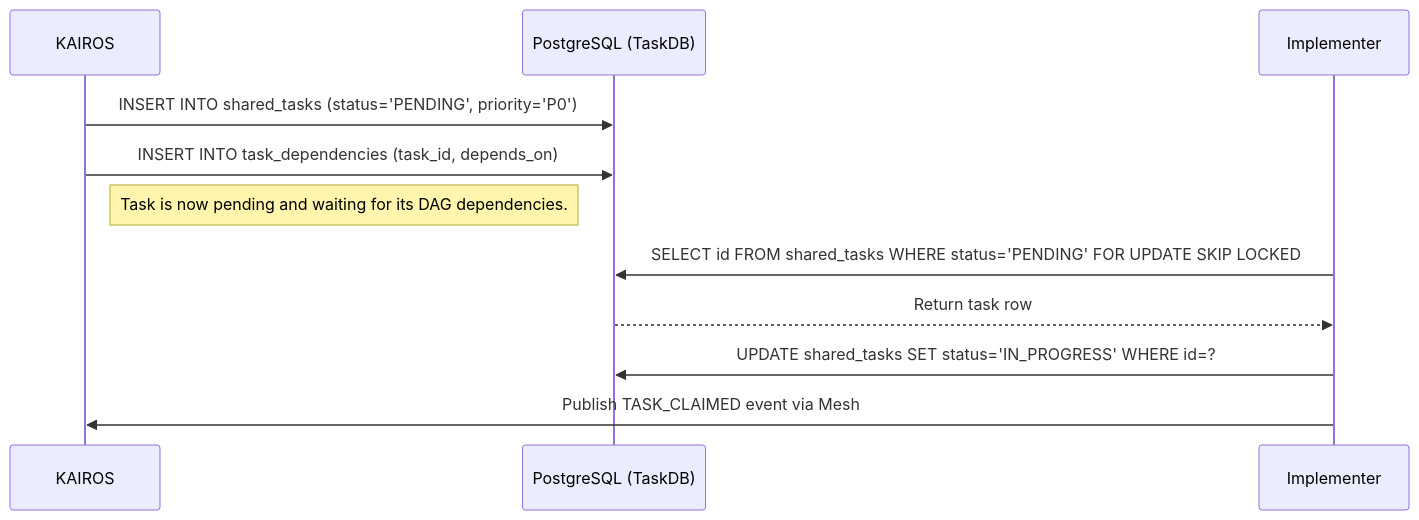
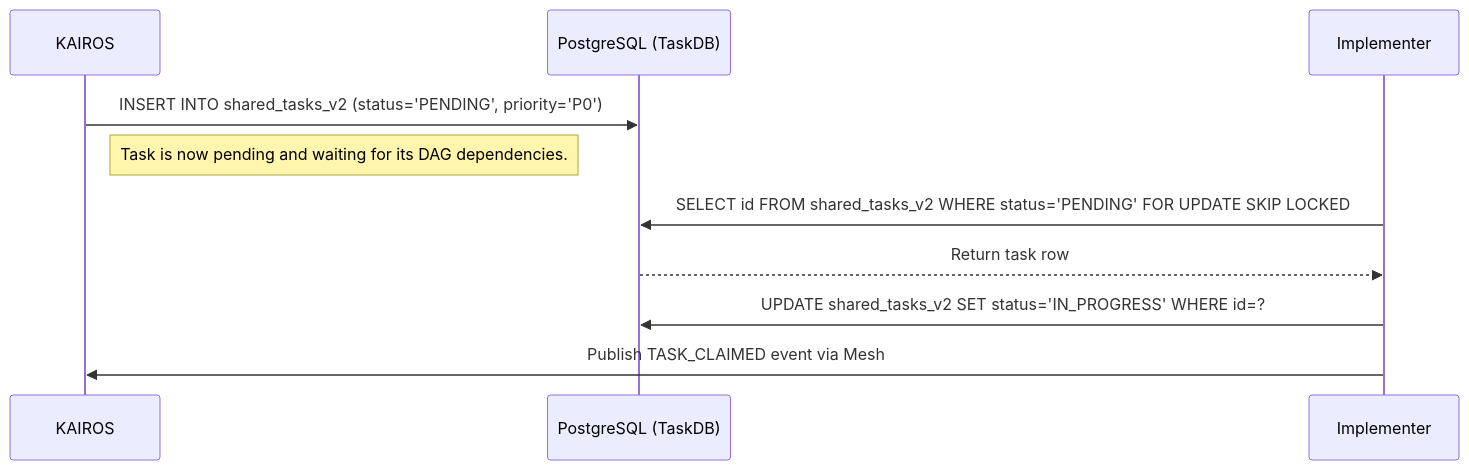
The first of 2 diagrams in docs/KAIROS_AI_OS_ARCHITECTURE.md (omnisolo-llc/onehumancorp), drawn with Mermaid before and after one commit. The commit also changed other lines of this file and 7 other files, not shown here.

First line of the commit message:
feat: Implement KAIROS Hybrid Agentic OS Orchestration Architecture

````diff
--- a/docs/KAIROS_AI_OS_ARCHITECTURE.md
+++ b/docs/KAIROS_AI_OS_ARCHITECTURE.md
@@ -16,14 +16,13 @@
 ```mermaid
 sequenceDiagram
     participant KAIROS
     participant TaskDB as PostgreSQL (TaskDB)
     participant Implementer
 
-    KAIROS->>TaskDB: INSERT INTO shared_tasks (status='PENDING', priority='P0')
-    KAIROS->>TaskDB: INSERT INTO task_dependencies (task_id, depends_on)
+    KAIROS->>TaskDB: INSERT INTO shared_tasks_v2 (status='PENDING', priority='P0')
     Note right of KAIROS: Task is now pending and waiting for its DAG dependencies.
-    Implementer->>TaskDB: SELECT id FROM shared_tasks WHERE status='PENDING' FOR UPDATE SKIP LOCKED
+    Implementer->>TaskDB: SELECT id FROM shared_tasks_v2 WHERE status='PENDING' FOR UPDATE SKIP LOCKED
     TaskDB-->>Implementer: Return task row
-    Implementer->>TaskDB: UPDATE shared_tasks SET status='IN_PROGRESS' WHERE id=?
+    Implementer->>TaskDB: UPDATE shared_tasks_v2 SET status='IN_PROGRESS' WHERE id=?
     Implementer->>KAIROS: Publish TASK_CLAIMED event via Mesh
 ```
````
